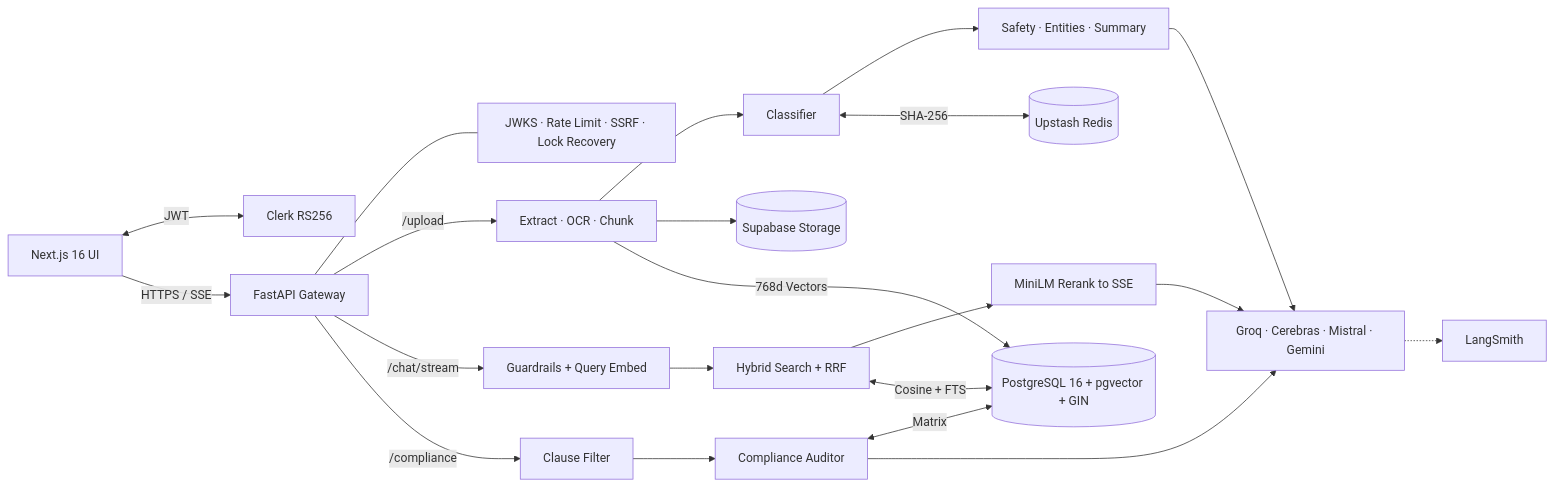
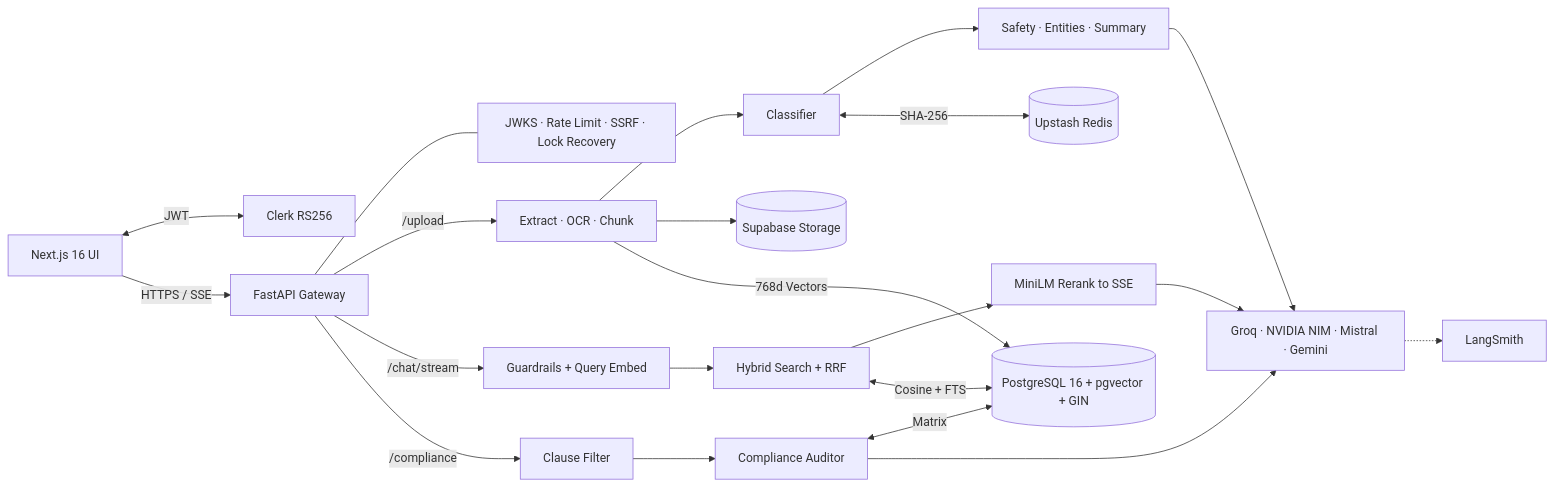
One commit to Iammilansoni/MiningNiti changed the first of 3 diagrams in README.md. Above: the diagram before and after it, drawn with Mermaid. The commit also changed other lines of this file and 23 other files, not shown here.

Commit message:
feat(llm): replace Cerebras with NVIDIA NIM across agents, docs, and workflows

````diff
--- a/README.md
+++ b/README.md
@@ -144,28 +144,28 @@
 ```mermaid
 flowchart LR
     UI["Next.js 16 UI"] <-->|"JWT"| Clerk["Clerk RS256"]
     UI -->|"HTTPS / SSE"| API["FastAPI Gateway"]
     API --- Guard["JWKS · Rate Limit · SSRF · Lock Recovery"]
 
     API -->|"/upload"| Ingest["Extract · OCR · Chunk"]
     Ingest --> Clf["Classifier"]
     Clf --> Agents["Safety · Entities · Summary"]
     Ingest --> Blob[("Supabase Storage")]
     Clf <-->|"SHA-256"| Redis[("Upstash Redis")]
 
     API -->|"/chat/stream"| Prep["Guardrails + Query Embed"]
     Prep --> Hyb["Hybrid Search + RRF"]
     Hyb --> Rerank["MiniLM Rerank to SSE"]
 
     API -->|"/compliance"| Filter["Clause Filter"]
     Filter --> Auditor["Compliance Auditor"]
 
     Ingest -->|"768d Vectors"| PG[("PostgreSQL 16 + pgvector + GIN")]
     Hyb <-->|"Cosine + FTS"| PG
     Auditor <-->|"Matrix"| PG
 
-    Agents --> AI["Groq · Cerebras · Mistral · Gemini"]
+    Agents --> AI["Groq · NVIDIA NIM · Mistral · Gemini"]
     Rerank --> AI
     Auditor --> AI
     AI -.-> LS["LangSmith"]
 ```
````
